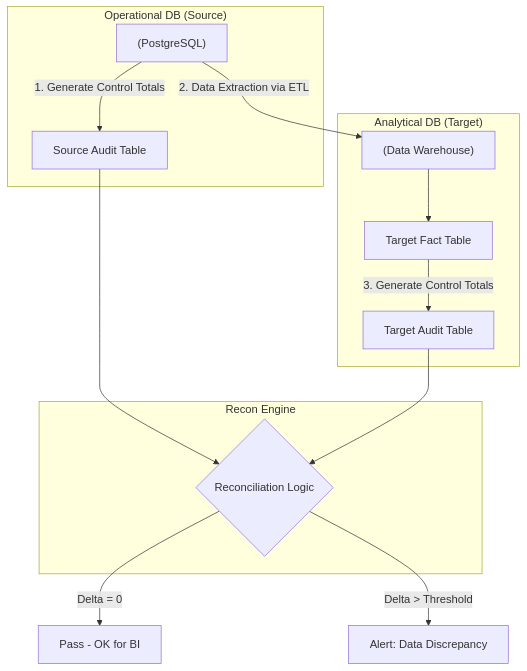
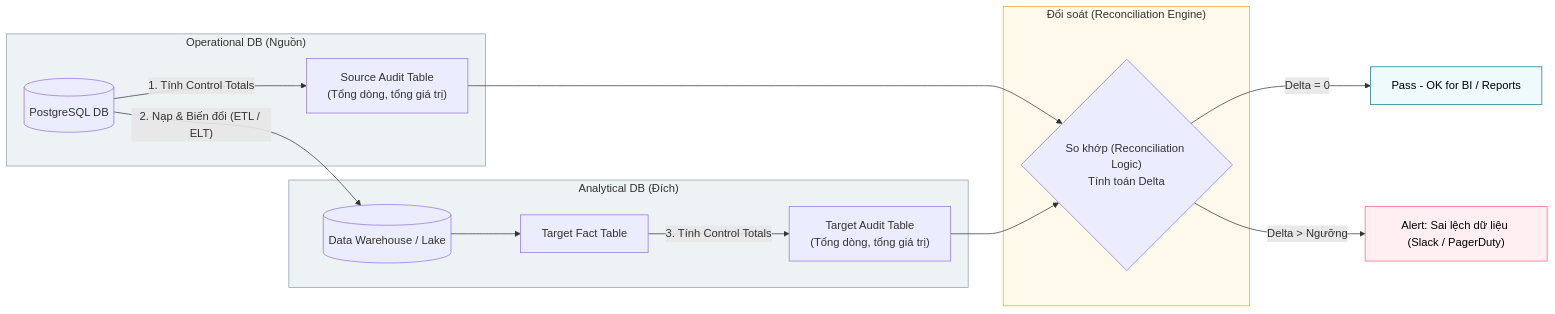
Before and after one commit to kythuatdulieu/kythuatdulieu.github.io: the diagram in src/content/docs/concepts/data-quality/data-reconciliation.md, drawn with Mermaid. The commit also changed 8 other files, not shown here.

Commit message:
docs: audit and optimize core Mermaid diagrams across concepts

````diff
--- a/src/content/docs/concepts/data-quality/data-reconciliation.md
+++ b/src/content/docs/concepts/data-quality/data-reconciliation.md
@@ -44,21 +44,37 @@
 ```mermaid
-graph TD
-    subgraph "Operational DB  (Source)"
-        A["(PostgreSQL)"] -->|"1. Generate Control Totals"| B["Source Audit Table"]
+flowchart LR
+    %% Source
+    subgraph Source ["Operational DB (Nguồn)"]
+        A[("PostgreSQL DB")] -->|"1. Tính Control Totals"| B["Source Audit Table<br/>(Tổng dòng, tổng giá trị)"]
     end
 
-    A -->|"2. Data Extraction via ETL"| C["(Data Warehouse)"]
-    
-    subgraph "Analytical DB  (Target)"
-        C --> D["Target Fact Table"]
-        D -->|"3. Generate Control Totals"| E["Target Audit Table"]
+    %% Data Pipeline
+    A -->|"2. Nạp & Biến đổi (ETL / ELT)"| C
+
+    %% Target
+    subgraph Target ["Analytical DB (Đích)"]
+        C[("Data Warehouse / Lake")] --> D["Target Fact Table"]
+        D -->|"3. Tính Control Totals"| E["Target Audit Table<br/>(Tổng dòng, tổng giá trị)"]
     end
 
-    subgraph "Recon Engine"
-        B --> F{"Reconciliation Logic"}
+    %% Recon Engine
+    subgraph Engine ["Đối soát (Reconciliation Engine)"]
+        F{"So khớp (Reconciliation Logic)<br/>Tính toán Delta"}
+        B --> F
         E --> F
     end
 
-    F --"Delta = 0"--> G["Pass - OK for BI"]
-    F --"Delta > Threshold"--> H["Alert: Data Discrepancy"]
+    %% Outcomes
+    G["Pass - OK for BI / Reports"]
+    H["Alert: Sai lệch dữ liệu (Slack / PagerDuty)"]
+
+    F -->|"Delta = 0"| G
+    F -->|"Delta > Ngưỡng"| H
+
+    %% Styling
+    style Source fill:#edf2f4,stroke:#8d99ae
+    style Target fill:#edf2f4,stroke:#8d99ae
+    style Engine fill:#fff9eb,stroke:#f0a818
+    style G fill:#eefafc,stroke:#017a8c,color:#000
+    style H fill:#ffeef2,stroke:#ff5e7e,color:#000
 ```
````
